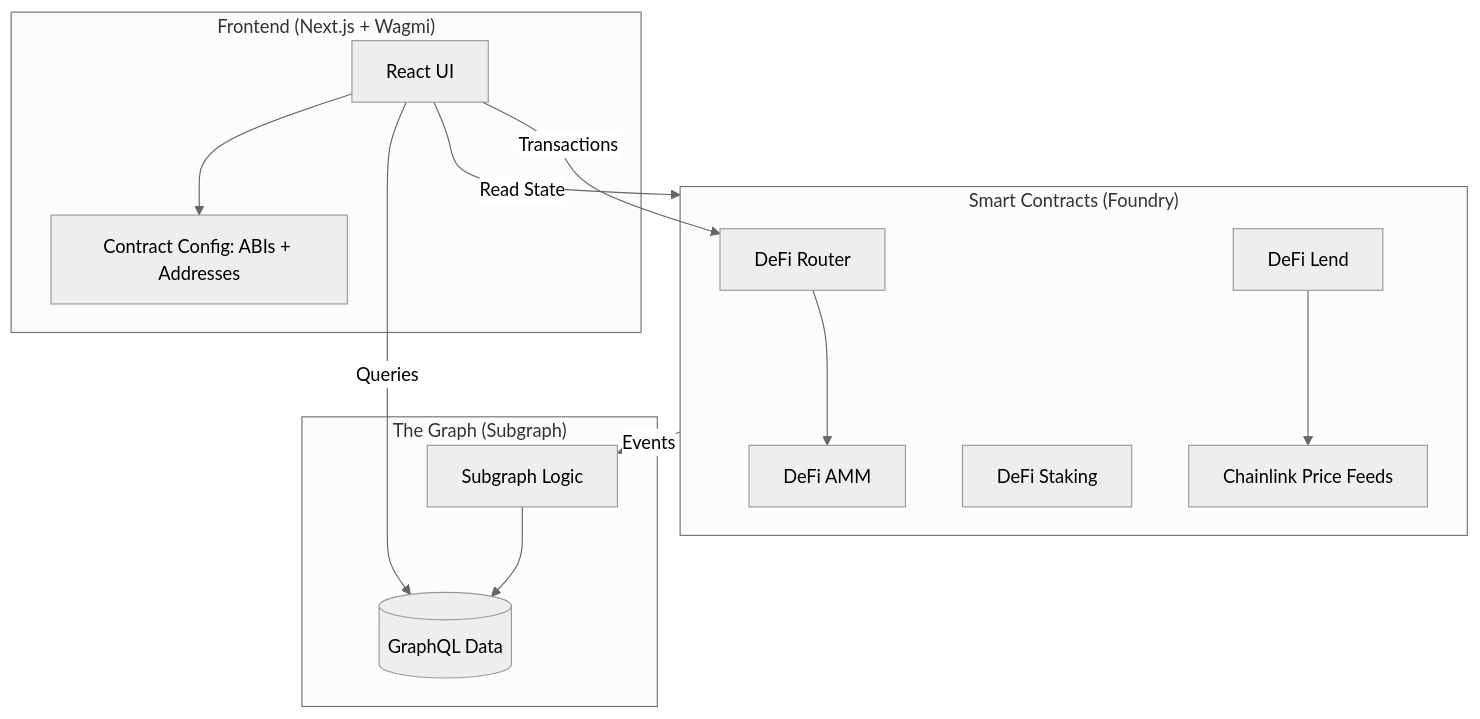
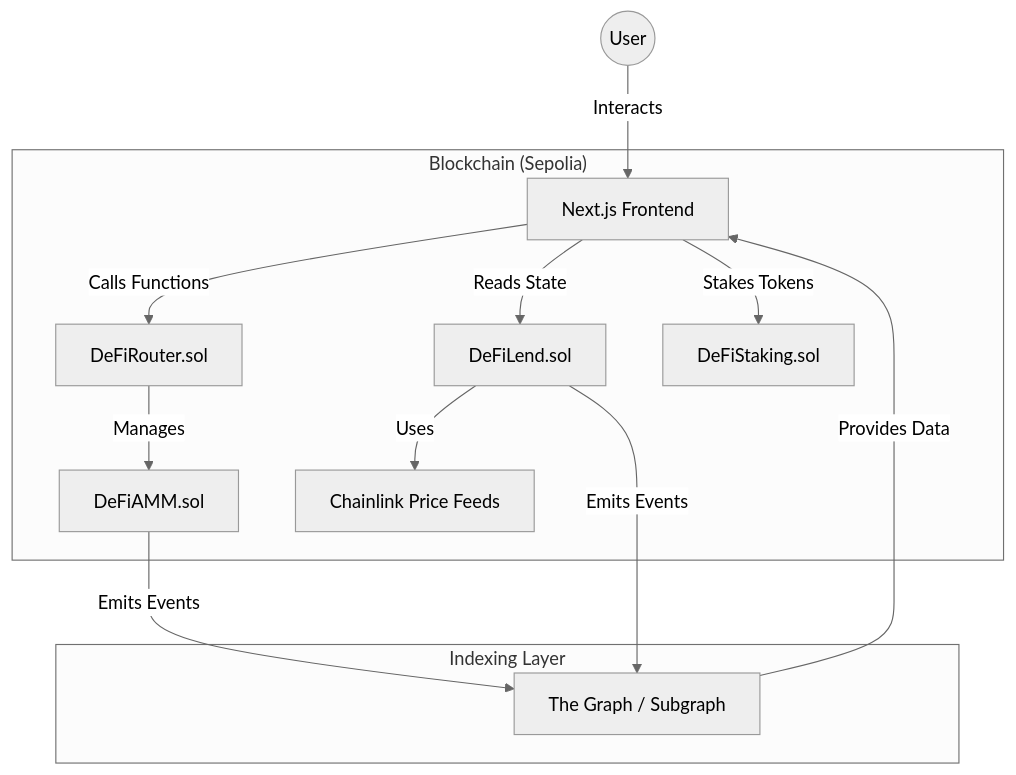
Before and after one commit to rahul-0407/DeFi_Super: the diagram in docs/ARCHITECTURE.md, drawn with Mermaid (neutral theme). The commit also changed other lines of this file and 1 other file, not shown here.

Commit message:
update architecture

````diff
--- a/docs/ARCHITECTURE.md
+++ b/docs/ARCHITECTURE.md
@@ -151,30 +17,18 @@
 ```mermaid
 graph TD
-    subgraph Frontend ["Frontend (Next.js + Wagmi)"]
-        UI[React UI]
-        CC[Contract Config: ABIs + Addresses]
-        UI --> CC
+    User((User)) -->|Interacts| Frontend[Next.js Frontend]
+
+    subgraph "Blockchain (Sepolia)"
+        Frontend -->|Calls Functions| Router[DeFiRouter.sol]
+        Frontend -->|Reads State| Lend[DeFiLend.sol]
+        Frontend -->|Stakes Tokens| Stake[DeFiStaking.sol]
+        Router -->|Manages| AMM[DeFiAMM.sol]
+        Lend -->|Uses| PriceFeeds[Chainlink Price Feeds]
     end
 
-    subgraph Blockchain ["Smart Contracts (Foundry)"]
-        Router[DeFi Router]
-        AMM[DeFi AMM]
-        Lend[DeFi Lend]
-        Stake[DeFi Staking]
-        Oracle[Chainlink Price Feeds]
-
-        Router --> AMM
-        Lend --> Oracle
+    subgraph "Indexing Layer"
+        AMM -->|Emits Events| Subgraph[The Graph / Subgraph]
+        Lend -->|Emits Events| Subgraph
+        Subgraph -->|Provides Data| Frontend
     end
-
-    subgraph Indexing ["The Graph (Subgraph)"]
-        Sub[Subgraph Logic]
-        DB[(GraphQL Data)]
-        Sub --> DB
-    end
-
-    UI -- "Transactions" --> Router
-    UI -- "Read State" --> Blockchain
-    Blockchain -- "Events" --> Sub
-    UI -- "Queries" --> DB
 ```
````
